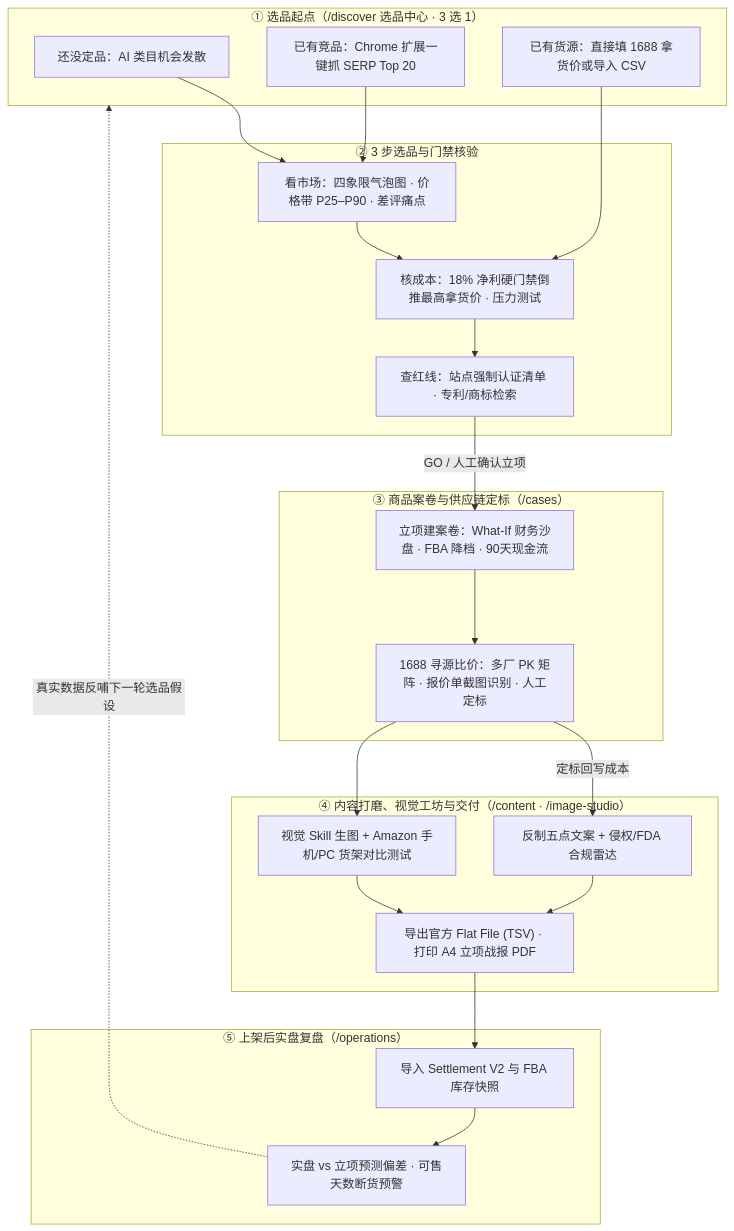
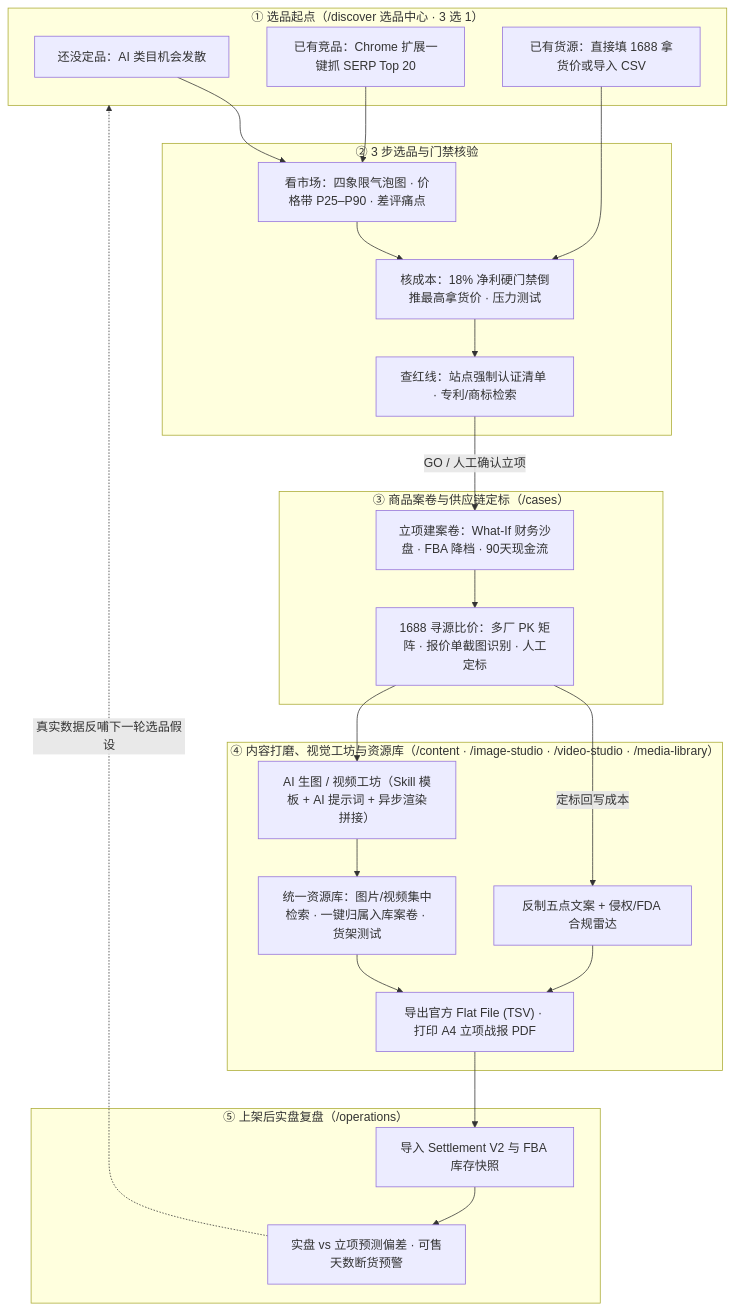
The diagram in README.md (BeyChan/AITrade), drawn with Mermaid before and after one commit. The commit also changed other lines of this file and 70 other files, not shown here.

Commit message:
feat(studio): 新增统一资源库与案卷入库，补齐单测并更新 README 截图

````diff
--- a/README.md
+++ b/README.md
@@ -16,44 +16,45 @@
 ```mermaid
 flowchart TD
     subgraph S1["① 选品起点（/discover 选品中心 · 3 选 1）"]
         A1["还没定品：AI 类目机会发散"]
         A2["已有竞品：Chrome 扩展一键抓 SERP Top 20"]
         A3["已有货源：直接填 1688 拿货价或导入 CSV"]
     end
 
     subgraph S2["② 3 步选品与门禁核验"]
         B1["看市场：四象限气泡图 · 价格带 P25–P90 · 差评痛点"]
         B2["核成本：18% 净利硬门禁倒推最高拿货价 · 压力测试"]
         B3["查红线：站点强制认证清单 · 专利/商标检索"]
         B1 --> B2 --> B3
     end
 
     subgraph S3["③ 商品案卷与供应链定标（/cases）"]
         C1["立项建案卷：What-If 财务沙盘 · FBA 降档 · 90天现金流"]
         C2["1688 寻源比价：多厂 PK 矩阵 · 报价单截图识别 · 人工定标"]
         C1 --> C2
     end
 
-    subgraph S4["④ 内容打磨、视觉工坊与交付（/content · /image-studio）"]
+    subgraph S4["④ 内容打磨、视觉工坊与资源库（/content · /image-studio · /video-studio · /media-library）"]
         D1["反制五点文案 + 侵权/FDA 合规雷达"]
-        D2["视觉 Skill 生图 + Amazon 手机/PC 货架对比测试"]
+        D2["AI 生图 / 视频工坊（Skill 模板 + AI 提示词 + 异步渲染拼接）"]
+        D4["统一资源库：图片/视频集中检索 · 一键归属入库案卷 · 货架测试"]
         D3["导出官方 Flat File (TSV) · 打印 A4 立项战报 PDF"]
         D1 --> D3
-        D2 --> D3
+        D2 --> D4 --> D3
     end
 
     subgraph S5["⑤ 上架后实盘复盘（/operations）"]
         E1["导入 Settlement V2 与 FBA 库存快照"]
         E2["实盘 vs 立项预测偏差 · 可售天数断货预警"]
         E1 --> E2
     end
 
     A1 --> B1
     A2 --> B1
     A3 --> B2
     B3 -->|"GO / 人工确认立项"| C1
     C2 -->|"定标回写成本"| D1
     C2 --> D2
     D3 --> E1
     E2 -.->|"真实数据反哺下一轮选品假设"| S1
 ```
````
